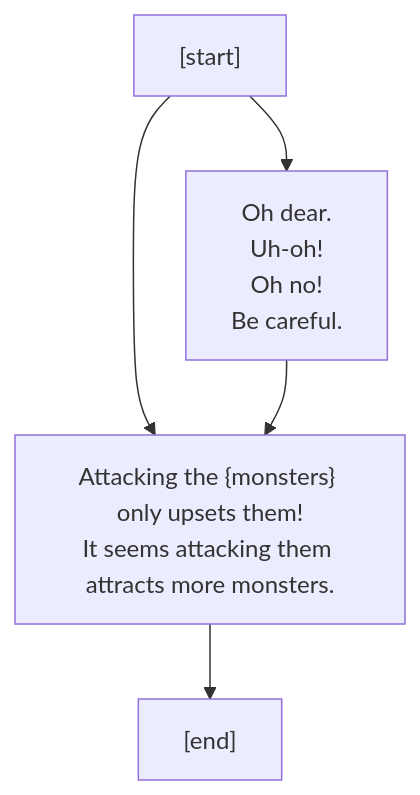
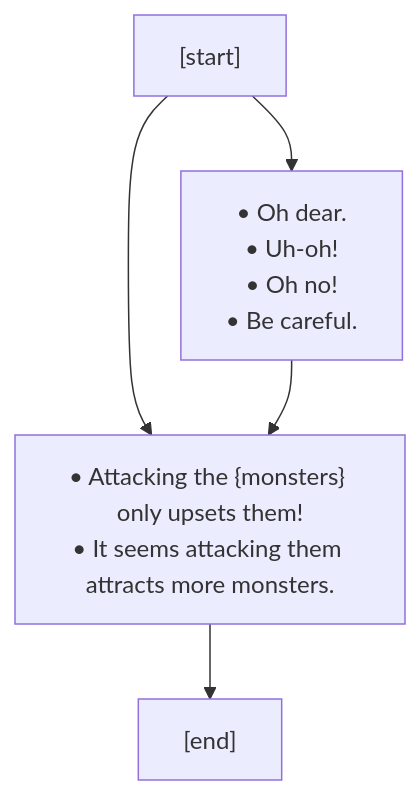
One commit to charredUtensil/groundhog changed the second of 4 diagrams in src/core/lore/graphs/pandora.md. Above: the diagram before and after it, drawn with Mermaid. The commit also changed other lines of this file and 7 other files, not shown here.

````diff
--- a/src/core/lore/graphs/pandora.md
+++ b/src/core/lore/graphs/pandora.md
@@ -17,11 +17,11 @@
 ```mermaid
 flowchart TD;
 P0["[start]"]
 P0 --> P1
 P0 --> P2
-P1["Oh dear.<br/>Uh-oh!<br/>Oh no!<br/>Be careful."]
+P1["&bull; Oh dear.<br/>&bull; Uh-oh!<br/>&bull; Oh no!<br/>&bull; Be careful."]
 P1 --> P2
-P2["Attacking the {monsters} only upsets them!<br/>It seems attacking them attracts more monsters."]
+P2["&bull; Attacking the {monsters} only upsets them!<br/>&bull; It seems attacking them attracts more monsters."]
 P2 --> P3
 P3["[end]"]
 ```
````
